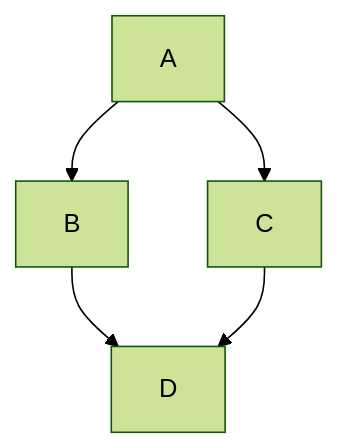
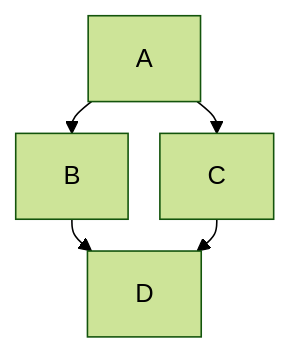
Before and after one commit to crasjens/Markdown: the first of 2 diagrams in docs/index.md, drawn with Mermaid (forest theme).

Commit message:
test markdown

````diff
--- a/docs/index.md
+++ b/docs/index.md
@@ -19,7 +19,9 @@
 ```mermaid
+%%{init: { "flowchart": { "nodeSpacing": 20, "rankSpacing": 20 }}}%%
 graph TD
     A --> B
     A --> C
     B --> D
     C --> D
+
 ```
````
